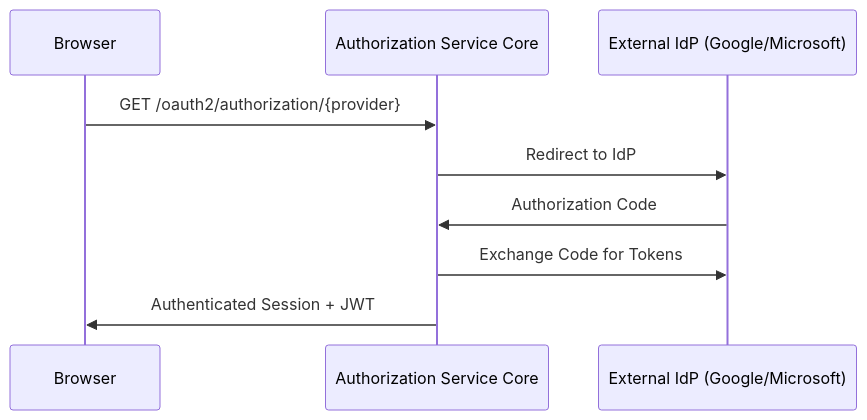
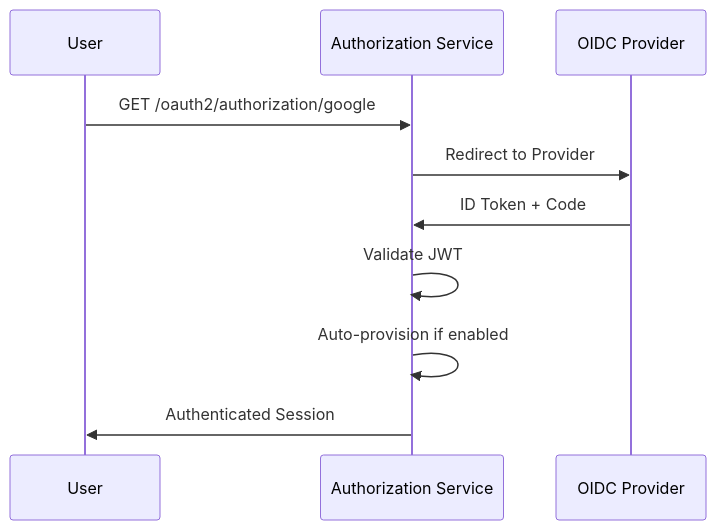
One commit to flamingo-stack/openframe-oss-lib changed the sixth of 7 diagrams in docs/reference/architecture/authorization-service-core/authorization-service-core.md. Above: the diagram before and after it, drawn with Mermaid. The commit also changed other lines of this file and 172 other files, not shown here.

````diff
--- a/docs/reference/architecture/authorization-service-core/authorization-service-core.md
+++ b/docs/reference/architecture/authorization-service-core/authorization-service-core.md
@@ -162,12 +223,13 @@
 ```mermaid
 sequenceDiagram
-    participant Browser
-    participant Auth as Authorization Service Core
-    participant IdP as External IdP (Google/Microsoft)
+    participant User
+    participant AuthServer as Authorization Service
+    participant IdP as OIDC Provider
 
-    Browser->>Auth: GET /oauth2/authorization/{provider}
-    Auth->>IdP: Redirect to IdP
-    IdP->>Auth: Authorization Code
-    Auth->>IdP: Exchange Code for Tokens
-    Auth->>Browser: Authenticated Session + JWT
+    User->>AuthServer: GET /oauth2/authorization/google
+    AuthServer->>IdP: Redirect to Provider
+    IdP->>AuthServer: ID Token + Code
+    AuthServer->>AuthServer: Validate JWT
+    AuthServer->>AuthServer: Auto-provision if enabled
+    AuthServer->>User: Authenticated Session
 ```
````
